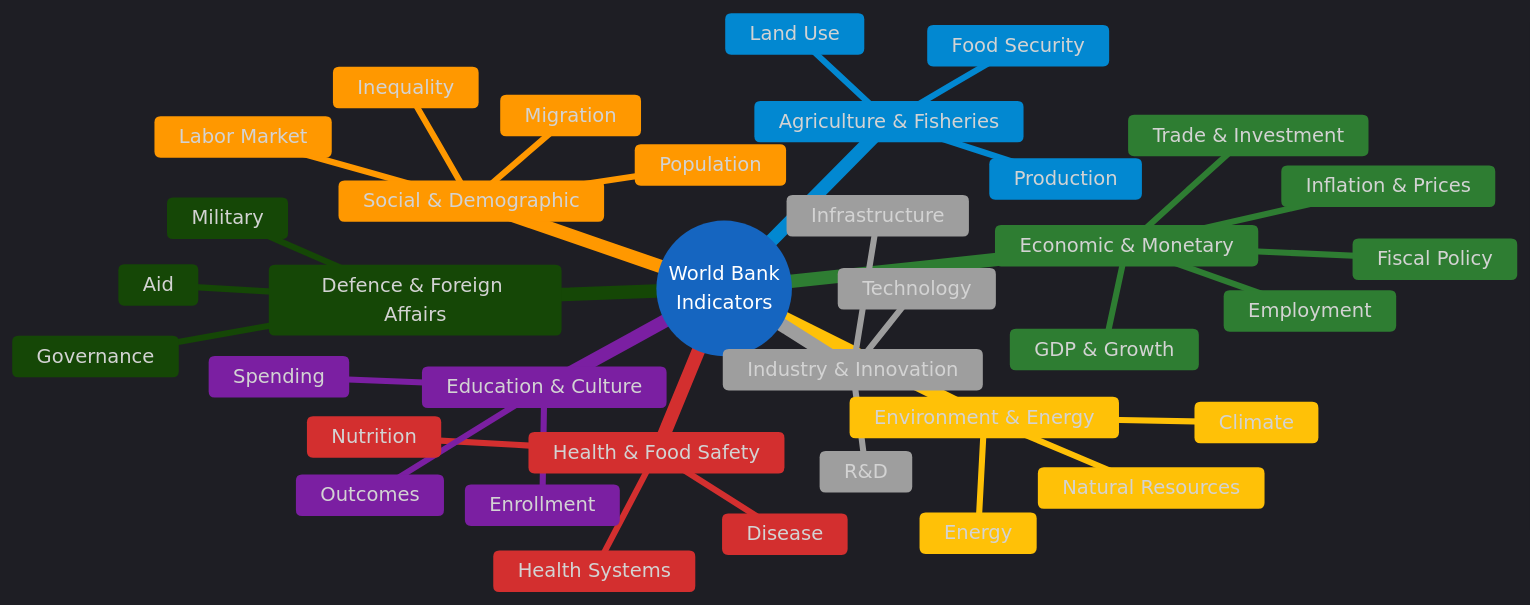
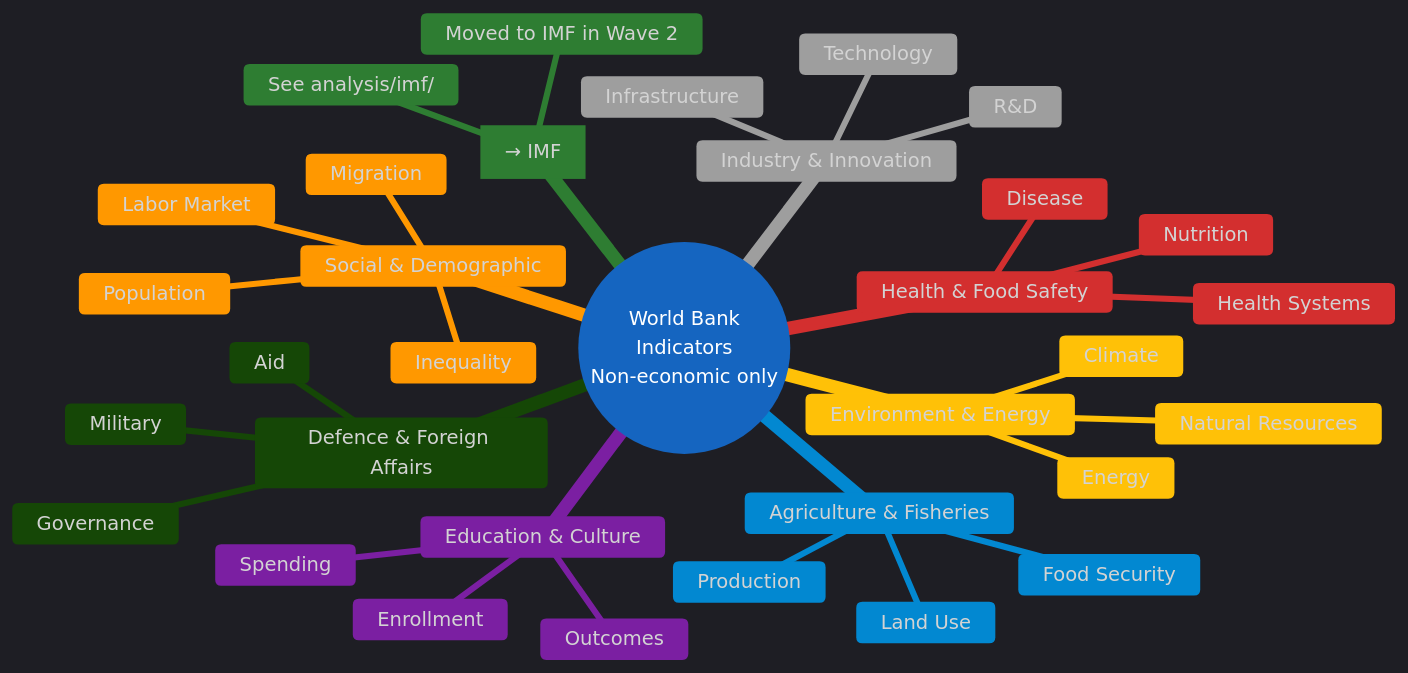
Before and after one commit to Hack23/euparliamentmonitor: the first of 2 diagrams in analysis/worldbank/indicator-catalog.md, drawn with Mermaid. The commit also changed other lines of this file and 9 other files, not shown here.

First line of the commit message:
WB↔IMF split: Stage 1+2 — country-code guard, aggregate fix, Kosovo, WB-non-economic policy docs

````diff
--- a/analysis/worldbank/indicator-catalog.md
+++ b/analysis/worldbank/indicator-catalog.md
@@ -55,40 +63,37 @@
 ```mermaid
 %%{init: {"theme":"dark","themeVariables":{"primaryColor":"#1565C0","primaryTextColor":"#ffffff","primaryBorderColor":"#0A3F7F","lineColor":"#90CAF9","secondaryColor":"#2E7D32","secondaryTextColor":"#ffffff","secondaryBorderColor":"#0F3F00","tertiaryColor":"#FF9800","tertiaryTextColor":"#000000","tertiaryBorderColor":"#7F4F00","mainBkg":"#1565C0","secondBkg":"#2E7D32","tertiaryBkg":"#FF9800","noteBkgColor":"#FFC107","noteTextColor":"#000000","noteBorderColor":"#7F6000","errorBkgColor":"#D32F2F","errorTextColor":"#ffffff","fontFamily":"Inter, Helvetica, Arial, sans-serif","pie1":"#1565C0","pie2":"#2E7D32","pie3":"#FF9800","pie4":"#D32F2F","pie5":"#FFC107","pie6":"#7B1FA2","pie7":"#9E9E9E","pie8":"#0288D1","pie9":"#388E3C","pie10":"#F57C00","pie11":"#C62828","pie12":"#FBC02D","pieTitleTextSize":"18px","pieSectionTextSize":"14px","pieLegendTextSize":"13px","pieStrokeColor":"#1e1e1e","pieOuterStrokeColor":"#1e1e1e","git0":"#1565C0","git1":"#2E7D32","git2":"#FF9800","git3":"#D32F2F","gitBranchLabel0":"#ffffff","gitBranchLabel1":"#ffffff","gitBranchLabel2":"#000000","gitBranchLabel3":"#ffffff","cScale0":"#1565C0","cScale1":"#2E7D32","cScale2":"#FF9800","cScale3":"#D32F2F","cScale4":"#FFC107","cScale5":"#7B1FA2","cScale6":"#9E9E9E","cScale7":"#0288D1","xyChart":{"backgroundColor":"#1e1e1e","plotColorPalette":"#1565C0,#2E7D32,#FF9800,#D32F2F,#FFC107,#7B1FA2,#9E9E9E"}}}}%%
 mindmap
-  root((World Bank<br/>Indicators))
-    Economic & Monetary
-      GDP & Growth
-      Inflation & Prices
-      Employment
-      Trade & Investment
-      Fiscal Policy
+  root((World Bank<br/>Indicators<br/>Non-economic only))
+    Economic & Monetary [→ IMF]
+      Moved to IMF in Wave 2
+      See analysis/imf/
     Social & Demographic
       Population
       Labor Market
       Migration
       Inequality
     Health & Food Safety
       Health Systems
       Disease
       Nutrition
     Environment & Energy
       Climate
       Energy
       Natural Resources
     Education & Culture
       Spending
       Enrollment
       Outcomes
     Industry & Innovation
       R&D
       Technology
       Infrastructure
     Agriculture & Fisheries
       Production
       Land Use
       Food Security
     Defence & Foreign Affairs
       Military
       Aid
       Governance
 ```
````
